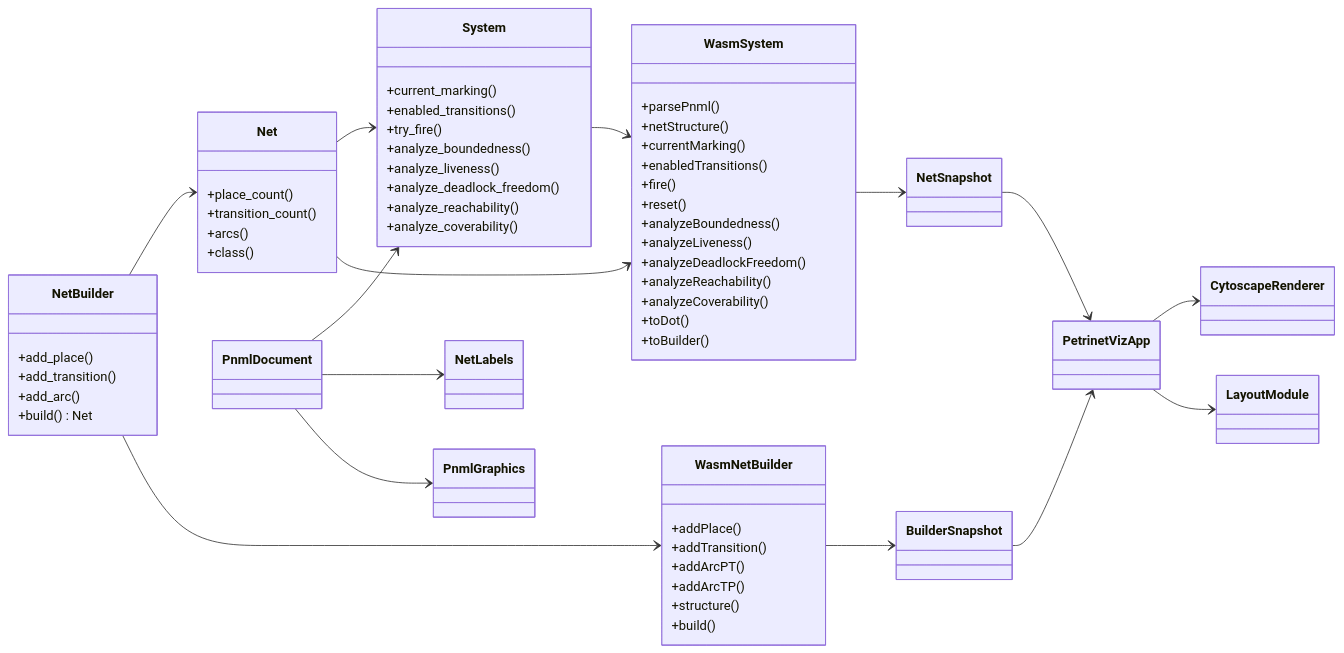
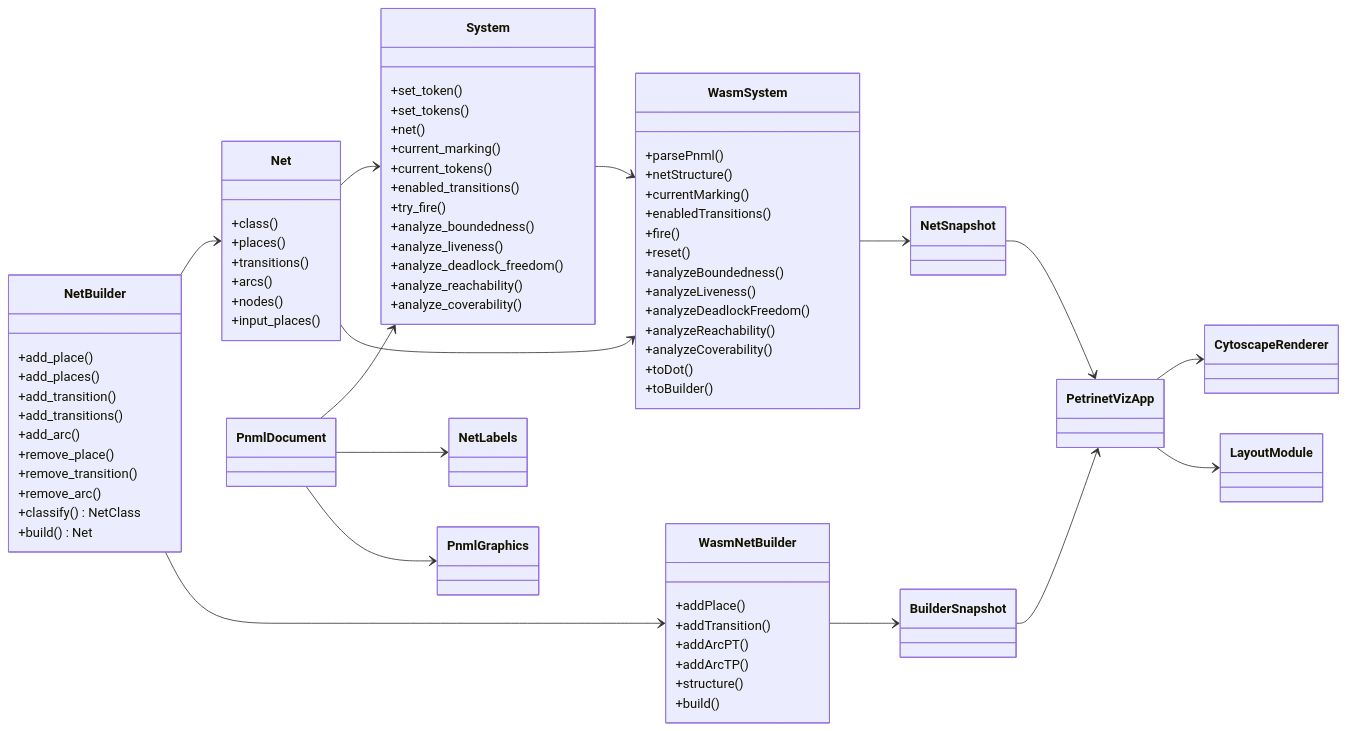
One commit to MichaelOwenDyer/petrivet changed the diagram in docs/uml_class_diagram.mermaid. Above: the diagram before and after it, drawn with Mermaid. The commit also changed 16 other files, not shown here.

```diff
--- a/docs/uml_class_diagram.mermaid
+++ b/docs/uml_class_diagram.mermaid
@@ -1,78 +1,90 @@
 classDiagram
 direction LR
 
 class NetBuilder {
     +add_place()
+    +add_places()
     +add_transition()
+    +add_transitions()
     +add_arc()
+    +remove_place()
+    +remove_transition()
+    +remove_arc()
+    +classify() NetClass
     +build() Net
 }
 
 class Net {
-    +place_count()
-    +transition_count()
+    +class()
+    +places()
+    +transitions()
     +arcs()
-    +class()
+    +nodes()
+    +input_places()
 }
 
 class System {
+    +set_token()
+    +set_tokens()
+    +net()
     +current_marking()
+    +current_tokens()
     +enabled_transitions()
     +try_fire()
     +analyze_boundedness()
     +analyze_liveness()
     +analyze_deadlock_freedom()
     +analyze_reachability()
     +analyze_coverability()
 }
 
 class NetLabels
 class PnmlDocument
 class PnmlGraphics
 
 class WasmSystem {
     +parsePnml()
     +netStructure()
     +currentMarking()
     +enabledTransitions()
     +fire()
     +reset()
     +analyzeBoundedness()
     +analyzeLiveness()
     +analyzeDeadlockFreedom()
     +analyzeReachability()
     +analyzeCoverability()
     +toDot()
     +toBuilder()
 }
 
 class WasmNetBuilder {
     +addPlace()
     +addTransition()
     +addArcPT()
     +addArcTP()
     +structure()
     +build()
 }
 
 class NetSnapshot
 class BuilderSnapshot
 
 class PetrinetVizApp
 class CytoscapeRenderer
 class LayoutModule
 
 NetBuilder --> Net
 Net --> System
 PnmlDocument --> System
 PnmlDocument --> NetLabels
 PnmlDocument --> PnmlGraphics
 System --> WasmSystem
 Net --> WasmSystem
 NetBuilder --> WasmNetBuilder
 WasmSystem --> NetSnapshot
 WasmNetBuilder --> BuilderSnapshot
 NetSnapshot --> PetrinetVizApp
 BuilderSnapshot --> PetrinetVizApp
 PetrinetVizApp --> CytoscapeRenderer
 PetrinetVizApp --> LayoutModule
```
